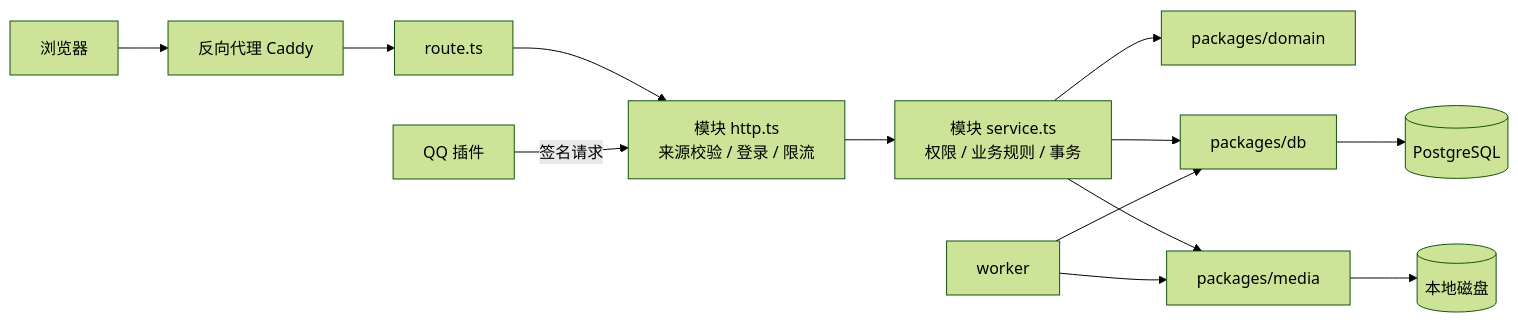
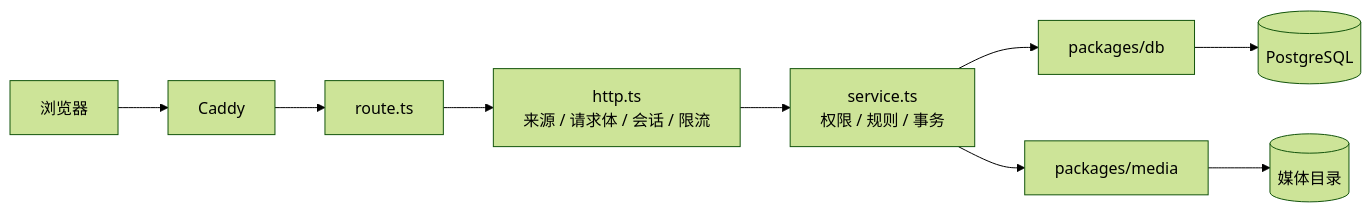
The second of 3 diagrams in docs/ARCHITECTURE.md (BrandonGTS/ArtZoo-FC), drawn with Mermaid (forest theme) before and after one commit. The commit also changed other lines of this file and 9 other files, not shown here.

````diff
--- a/docs/ARCHITECTURE.md
+++ b/docs/ARCHITECTURE.md
@@ -52,13 +82,8 @@
 ```mermaid
 flowchart LR
-  B[浏览器] --> C[反向代理 Caddy]
-  C --> R[route.ts]
-  R --> H[模块 http.ts<br/>来源校验 / 登录 / 限流]
-  H --> S[模块 service.ts<br/>权限 / 业务规则 / 事务]
-  S --> D[packages/domain]
+  B[浏览器] --> C[Caddy] --> R[route.ts]
+  R --> H[http.ts<br/>来源 / 请求体 / 会话 / 限流]
+  H --> S[service.ts<br/>权限 / 规则 / 事务]
   S --> P[packages/db] --> G[(PostgreSQL)]
-  S --> M[packages/media] --> F[(本地磁盘)]
-  W[worker] --> P
-  W --> M
-  Q[QQ 插件] -->|签名请求| H
+  S --> M[packages/media] --> F[(媒体目录)]
 ```
````
